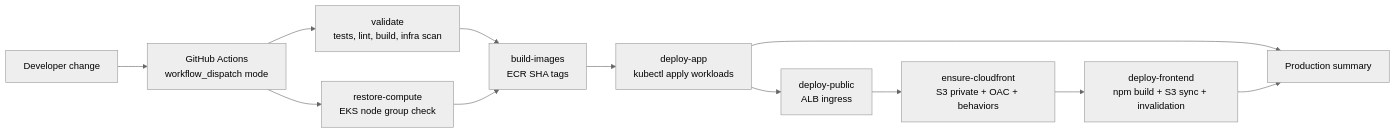
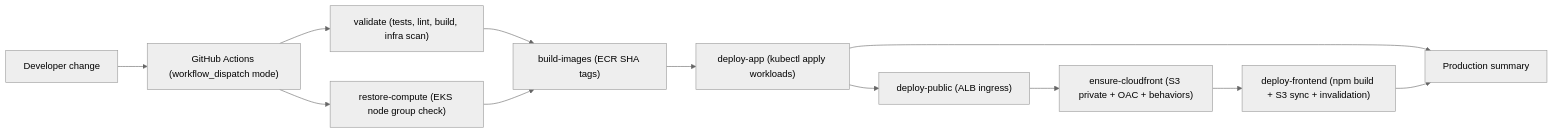
The sixth of 6 diagrams in content/5-Workshop/5.2-Architecture/_index.md (zKdKaidO/AWS_Report), drawn with Mermaid (neutral theme) before and after one commit. The commit also changed other lines of this file and 23 other files, not shown here.

````diff
--- a/content/5-Workshop/5.2-Architecture/_index.md
+++ b/content/5-Workshop/5.2-Architecture/_index.md
@@ -189,25 +189,25 @@
-```mermaid
-flowchart LR
+{{< mermaid >}}
+graph LR
     Dev["Developer change"]
-    GH["GitHub Actions<br/>workflow_dispatch mode"]
-    Validate["validate<br/>tests, lint, build, infra scan"]
-    Images["build-images<br/>ECR SHA tags"]
-    Restore["restore-compute<br/>EKS node group check"]
-    App["deploy-app<br/>kubectl apply workloads"]
-    Public["deploy-public<br/>ALB ingress"]
-    CF["ensure-cloudfront<br/>S3 private + OAC + behaviors"]
-    Frontend["deploy-frontend<br/>npm build + S3 sync + invalidation"]
+    GH["GitHub Actions (workflow_dispatch mode)"]
+    Validate["validate (tests, lint, build, infra scan)"]
+    Images["build-images (ECR SHA tags)"]
+    Restore["restore-compute (EKS node group check)"]
+    App["deploy-app (kubectl apply workloads)"]
+    Public["deploy-public (ALB ingress)"]
+    CF["ensure-cloudfront (S3 private + OAC + behaviors)"]
+    Frontend["deploy-frontend (npm build + S3 sync + invalidation)"]
     Summary["Production summary"]
 
     Dev --> GH
     GH --> Validate
     GH --> Restore
     Validate --> Images
     Restore --> Images
     Images --> App
     App --> Public
     Public --> CF
     CF --> Frontend
     App --> Summary
     Frontend --> Summary
-```
+{{< /mermaid >}}
````
